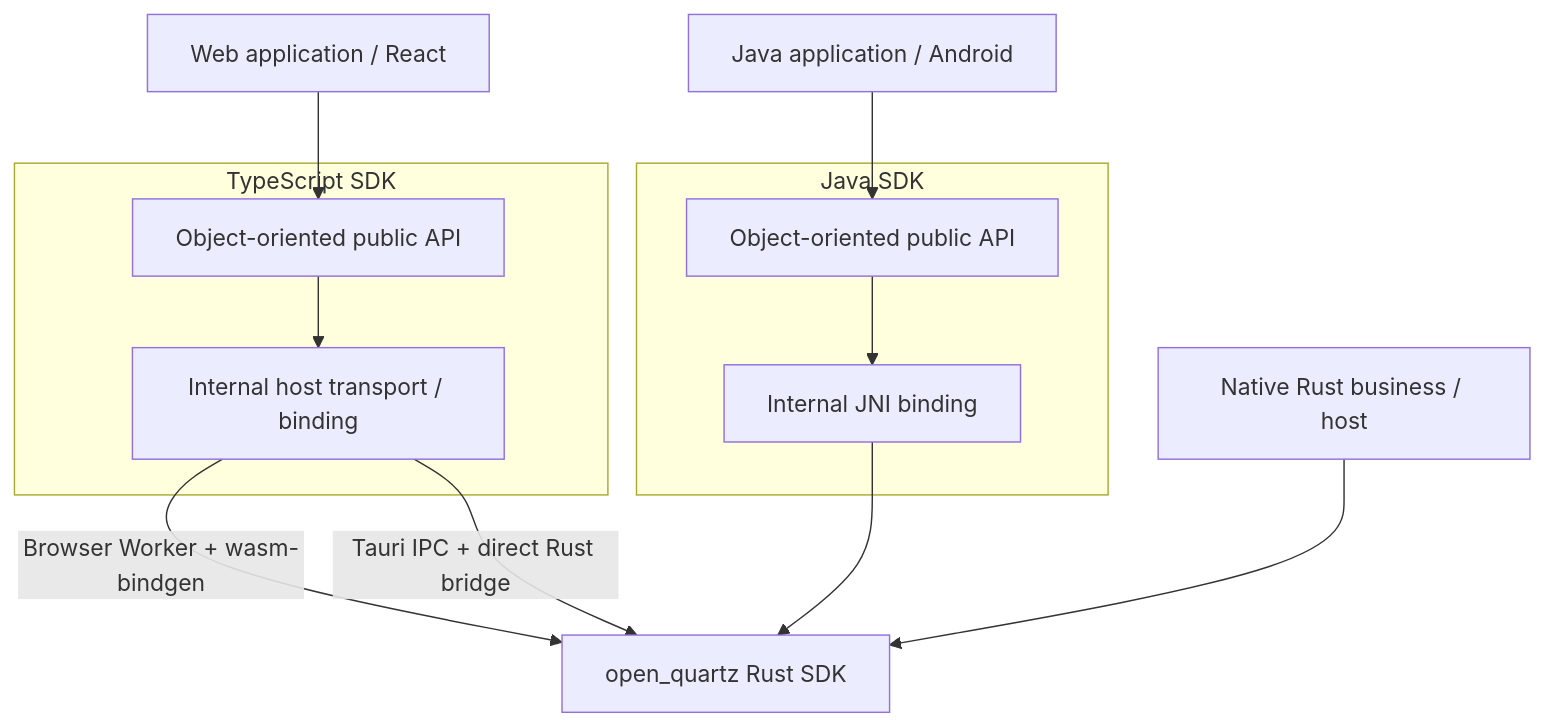
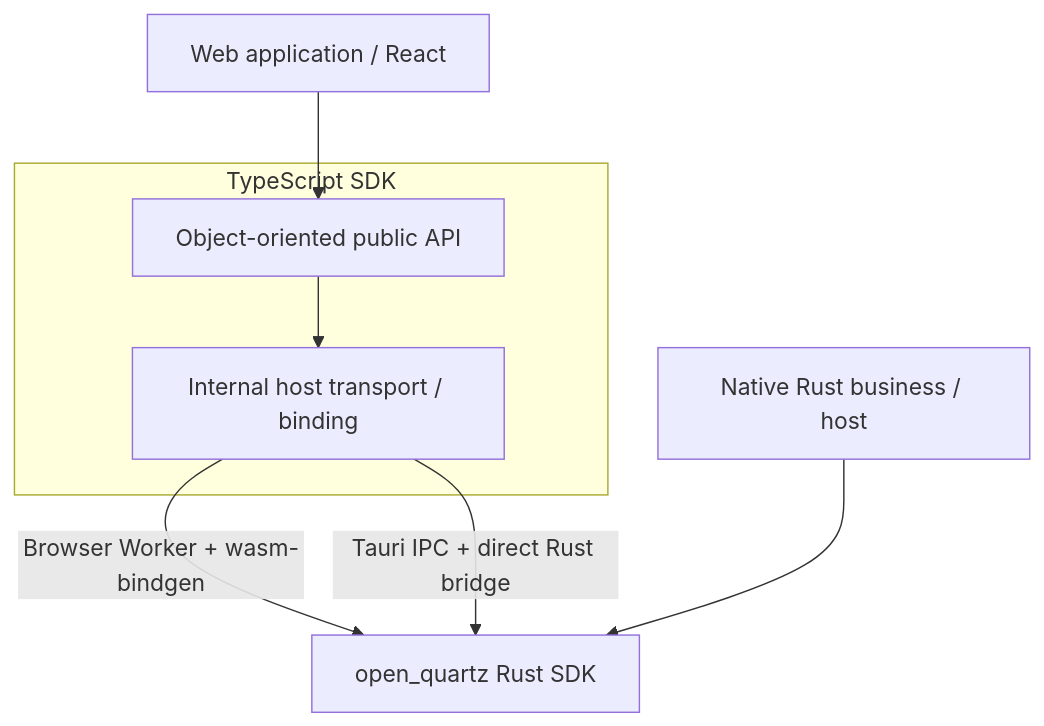
The first of 12 diagrams in docs/DESIGN.md (sanitor/open_quartz), drawn with Mermaid before and after one commit. The commit also changed other lines of this file and 253 other files, not shown here.

````diff
--- a/docs/DESIGN.md
+++ b/docs/DESIGN.md
@@ -118,28 +119,18 @@
 ```mermaid
 flowchart TB
     Web[Web application / React]
-    JavaApp[Java application / Android]
     Native[Native Rust business / host]
     Rust[open_quartz Rust SDK]
 
     subgraph TypeScriptSdk[TypeScript SDK]
         TSApi[Object-oriented public API]
         TSInternal[Internal host transport / binding]
         TSApi --> TSInternal
     end
 
-    subgraph JavaSdk[Java SDK]
-        JavaApi[Object-oriented public API]
-        JNI[Internal JNI binding]
-        JavaApi --> JNI
-    end
-
     Web --> TSApi
     TSInternal -->|Browser Worker + wasm-bindgen| Rust
     TSInternal -->|Tauri IPC + direct Rust bridge| Rust
 
-    JavaApp --> JavaApi
-    JNI --> Rust
-
     Native --> Rust
 ```
````
